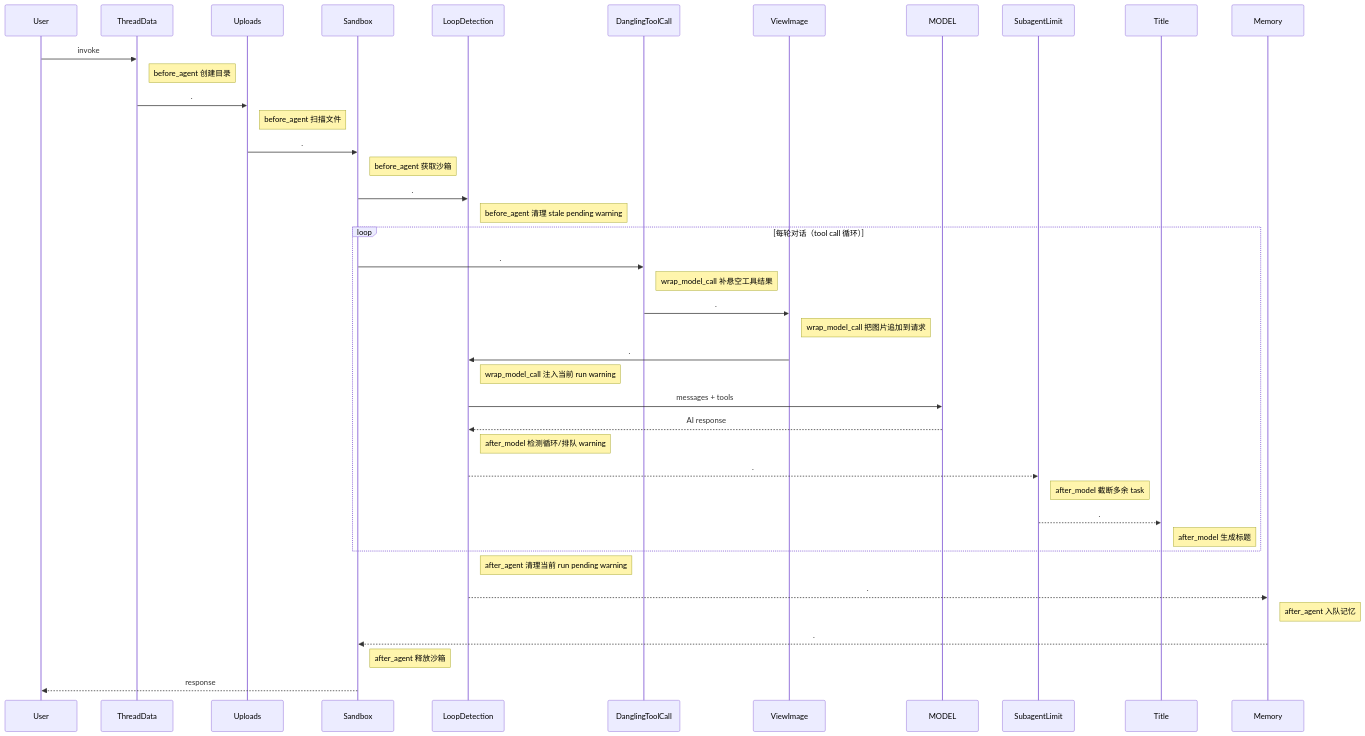
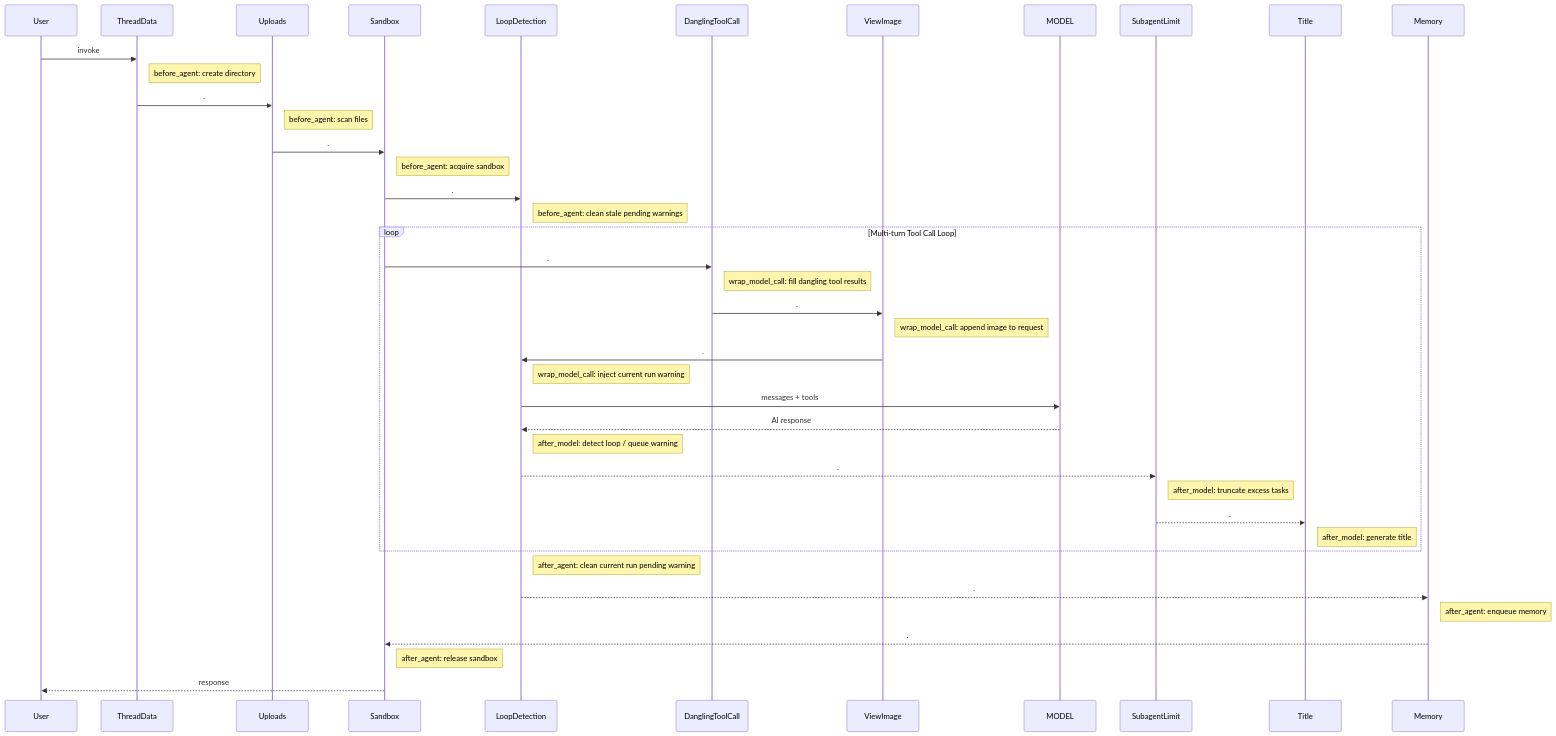
The fourth of 4 diagrams in backend/docs/middleware-execution-flow.md (itsPremkumar/alpha), drawn with Mermaid before and after one commit. The commit also changed other lines of this file and 60 other files, not shown here.

````diff
--- a/backend/docs/middleware-execution-flow.md
+++ b/backend/docs/middleware-execution-flow.md
@@ -224,46 +221,46 @@
 ```mermaid
 sequenceDiagram
     participant U as User
     participant TD as ThreadData
     participant UL as Uploads
     participant SB as Sandbox
     participant LD as LoopDetection
     participant DTC as DanglingToolCall
     participant VI as ViewImage
     participant M as MODEL
     participant SL as SubagentLimit
     participant TI as Title
     participant MEM as Memory
 
     U ->> TD: invoke
-    Note right of TD: before_agent 创建目录
+    Note right of TD: before_agent: create directory
     TD ->> UL: .
-    Note right of UL: before_agent 扫描文件
+    Note right of UL: before_agent: scan files
     UL ->> SB: .
-    Note right of SB: before_agent 获取沙箱
+    Note right of SB: before_agent: acquire sandbox
     SB ->> LD: .
-    Note right of LD: before_agent 清理 stale pending warning
+    Note right of LD: before_agent: clean stale pending warnings
 
-    loop 每轮对话（tool call 循环）
+    loop Multi-turn Tool Call Loop
         SB ->> DTC: .
-        Note right of DTC: wrap_model_call 补悬空工具结果
+        Note right of DTC: wrap_model_call: fill dangling tool results
         DTC ->> VI: .
-        Note right of VI: wrap_model_call 把图片追加到请求
+        Note right of VI: wrap_model_call: append image to request
         VI ->> LD: .
-        Note right of LD: wrap_model_call 注入当前 run warning
+        Note right of LD: wrap_model_call: inject current run warning
         LD ->> M: messages + tools
         M -->> LD: AI response
-        Note right of LD: after_model 检测循环/排队 warning
+        Note right of LD: after_model: detect loop / queue warning
         LD -->> SL: .
-        Note right of SL: after_model 截断多余 task
+        Note right of SL: after_model: truncate excess tasks
         SL -->> TI: .
-        Note right of TI: after_model 生成标题
+        Note right of TI: after_model: generate title
     end
 
-    Note right of LD: after_agent 清理当前 run pending warning
+    Note right of LD: after_agent: clean current run pending warning
     LD -->> MEM: .
-    Note right of MEM: after_agent 入队记忆
+    Note right of MEM: after_agent: enqueue memory
     MEM -->> SB: .
-    Note right of SB: after_agent 释放沙箱
+    Note right of SB: after_agent: release sandbox
     SB -->> U: response
 ```
````
